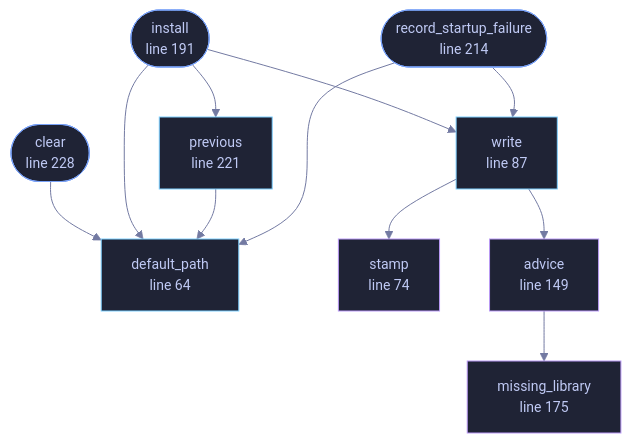
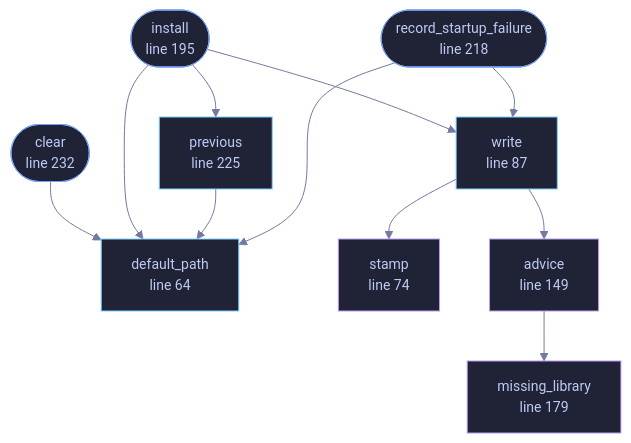
One commit to tilas01/veilvoice changed the diagram in docs/files/veilvoice-gui/crashlog.md. Above: the diagram before and after it, drawn with Mermaid. The commit also changed other lines of this file and 98 other files, not shown here.

````diff
--- a/docs/files/veilvoice-gui/crashlog.md
+++ b/docs/files/veilvoice-gui/crashlog.md
@@ -113,38 +113,38 @@
 ```mermaid
 %%{init: {"theme":"base","themeVariables":{"background":"#1a1b26","primaryColor":"#1f2335","primaryTextColor":"#c0caf5","primaryBorderColor":"#7aa2f7","secondaryColor":"#16161e","tertiaryColor":"#16161e","lineColor":"#737aa2","textColor":"#c0caf5","mainBkg":"#1f2335","nodeBorder":"#7aa2f7","clusterBkg":"#16161e","clusterBorder":"#2f3549","fontFamily":"ui-monospace, SFMono-Regular, Consolas, monospace","fontSize":"14px"}}}%%
 flowchart TD
     n_default_path["default_path<br/>line 64"]
     n_stamp["stamp<br/>line 74"]
     n_write["write<br/>line 87"]
     n_advice["advice<br/>line 149"]
-    n_missing_library["missing_library<br/>line 175"]
-    n_install(["install<br/>line 191"])
-    n_record_startup_failure(["record_startup_failure<br/>line 214"])
-    n_previous["previous<br/>line 221"]
-    n_clear(["clear<br/>line 228"])
+    n_missing_library["missing_library<br/>line 179"]
+    n_install(["install<br/>line 195"])
+    n_record_startup_failure(["record_startup_failure<br/>line 218"])
+    n_previous["previous<br/>line 225"]
+    n_clear(["clear<br/>line 232"])
     n_advice --> n_missing_library
     n_clear --> n_default_path
     n_install --> n_default_path
     n_install --> n_previous
     n_install --> n_write
     n_previous --> n_default_path
     n_record_startup_failure --> n_default_path
     n_record_startup_failure --> n_write
     n_write --> n_advice
     n_write --> n_stamp
     click n_default_path href "https://github.com/tilas01/veilvoice/blob/main/crates/veilvoice-gui/src/crashlog.rs#L64" "open the source"
     click n_stamp href "https://github.com/tilas01/veilvoice/blob/main/crates/veilvoice-gui/src/crashlog.rs#L74" "open the source"
     click n_write href "https://github.com/tilas01/veilvoice/blob/main/crates/veilvoice-gui/src/crashlog.rs#L87" "open the source"
     click n_advice href "https://github.com/tilas01/veilvoice/blob/main/crates/veilvoice-gui/src/crashlog.rs#L149" "open the source"
-    click n_missing_library href "https://github.com/tilas01/veilvoice/blob/main/crates/veilvoice-gui/src/crashlog.rs#L175" "open the source"
-    click n_install href "https://github.com/tilas01/veilvoice/blob/main/crates/veilvoice-gui/src/crashlog.rs#L191" "open the source"
-    click n_record_startup_failure href "https://github.com/tilas01/veilvoice/blob/main/crates/veilvoice-gui/src/crashlog.rs#L214" "open the source"
-    click n_previous href "https://github.com/tilas01/veilvoice/blob/main/crates/veilvoice-gui/src/crashlog.rs#L221" "open the source"
-    click n_clear href "https://github.com/tilas01/veilvoice/blob/main/crates/veilvoice-gui/src/crashlog.rs#L228" "open the source"
+    click n_missing_library href "https://github.com/tilas01/veilvoice/blob/main/crates/veilvoice-gui/src/crashlog.rs#L179" "open the source"
+    click n_install href "https://github.com/tilas01/veilvoice/blob/main/crates/veilvoice-gui/src/crashlog.rs#L195" "open the source"
+    click n_record_startup_failure href "https://github.com/tilas01/veilvoice/blob/main/crates/veilvoice-gui/src/crashlog.rs#L218" "open the source"
+    click n_previous href "https://github.com/tilas01/veilvoice/blob/main/crates/veilvoice-gui/src/crashlog.rs#L225" "open the source"
+    click n_clear href "https://github.com/tilas01/veilvoice/blob/main/crates/veilvoice-gui/src/crashlog.rs#L232" "open the source"
     classDef entry fill:#1f2335,stroke:#7aa2f7,color:#c0caf5
     class n_install,n_record_startup_failure,n_clear entry
     classDef api fill:#1f2335,stroke:#7dcfff,color:#c0caf5
     class n_default_path,n_write,n_previous api
     classDef helper fill:#1f2335,stroke:#bb9af7,color:#c0caf5
     class n_stamp,n_advice,n_missing_library helper
 ```
````
